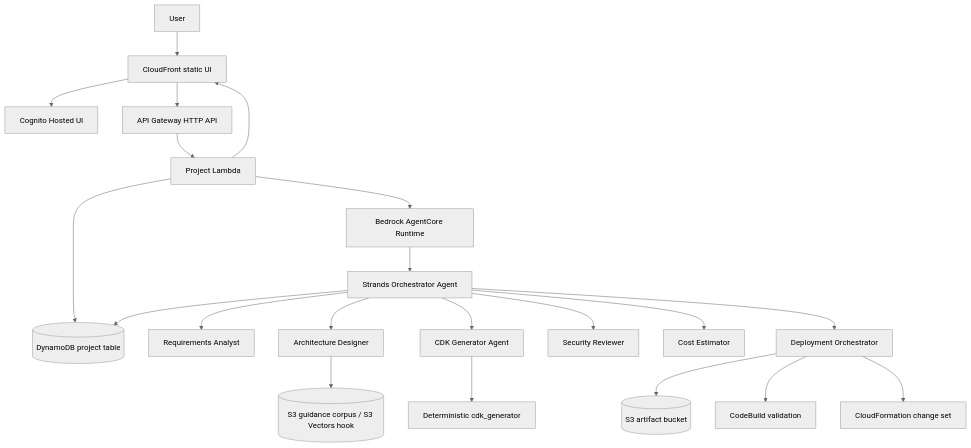
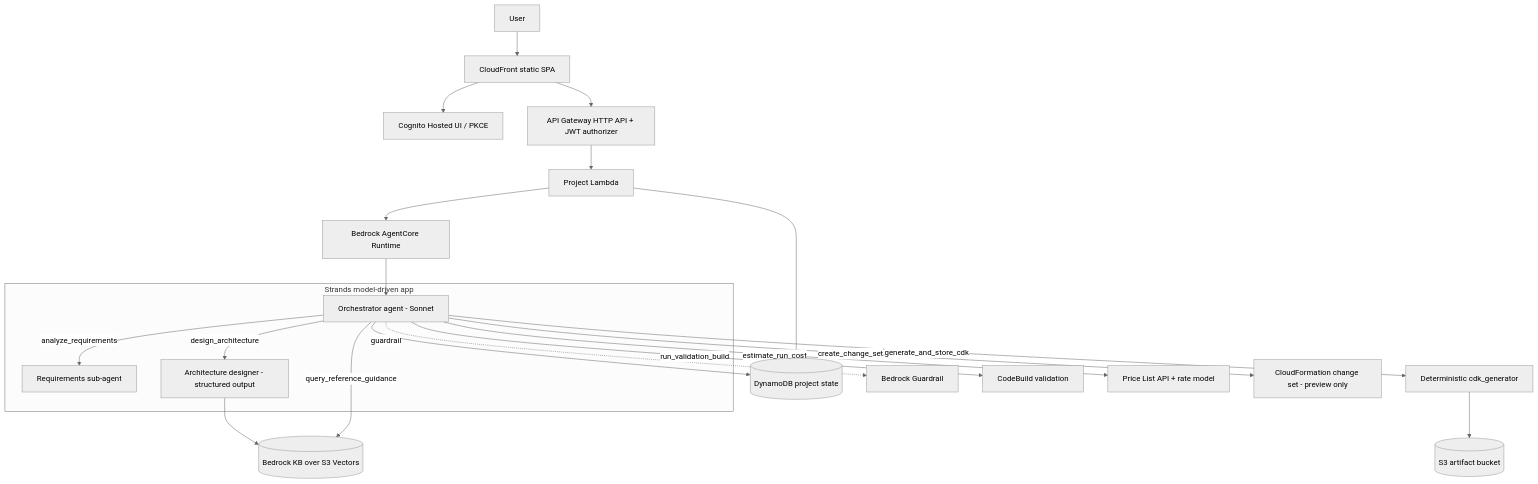
Before and after one commit to agentilt/cloud-solutions-lab3: the diagram in docs/architecture.md, drawn with Mermaid (neutral theme). The commit also changed other lines of this file and 4 other files, not shown here.

First line of the commit message:
docs: reconcile report + architecture with the deployed system; add diagram + PDF

````diff
--- a/docs/architecture.md
+++ b/docs/architecture.md
@@ -28,23 +31,27 @@
 ```mermaid
 flowchart TD
-  U[User] --> CF[CloudFront static UI]
-  CF --> COG[Cognito Hosted UI]
-  CF --> API[API Gateway HTTP API]
+  U[User] --> CF[CloudFront static SPA]
+  CF --> COG[Cognito Hosted UI / PKCE]
+  CF --> API[API Gateway HTTP API + JWT authorizer]
   API --> L[Project Lambda]
-  L --> DDB[(DynamoDB project table)]
+  L --> DDB[(DynamoDB project state)]
   L --> AC[Bedrock AgentCore Runtime]
-  AC --> O[Strands Orchestrator Agent]
-  O --> RA[Requirements Analyst]
-  O --> AD[Architecture Designer]
-  O --> CG[CDK Generator Agent]
-  O --> SR[Security Reviewer]
-  O --> CE[Cost Estimator]
-  O --> DO[Deployment Orchestrator]
-  AD --> S3G[(S3 guidance corpus / S3 Vectors hook)]
-  CG --> GEN[Deterministic cdk_generator]
-  DO --> S3[(S3 artifact bucket)]
-  DO --> CB[CodeBuild validation]
-  DO --> CFN[CloudFormation change set]
+
+  subgraph Agent [Strands model-driven app]
+    O[Orchestrator agent - Sonnet]
+    RA[Requirements sub-agent]
+    AD[Architecture designer - structured output]
+    O -->|analyze_requirements| RA
+    O -->|design_architecture| AD
+  end
+  AC --> O
+  O -.guardrail.-> GR[Bedrock Guardrail]
+  AD --> KB[(Bedrock KB over S3 Vectors)]
+  O -->|query_reference_guidance| KB
+  O -->|generate_and_store_cdk| GEN[Deterministic cdk_generator]
+  GEN --> S3[(S3 artifact bucket)]
+  O -->|run_validation_build| CB[CodeBuild validation]
+  O -->|estimate_run_cost| PR[Price List API + rate model]
+  O -->|create_change_set| CFN[CloudFormation change set - preview only]
   O --> DDB
-  L --> CF
 ```
````
